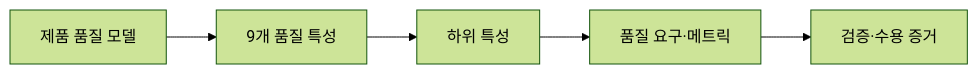
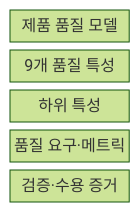
One commit to agnusdei1207/knowledge-base changed the first of 2 diagrams in src/content/docs/notes/06-evaluation/029_iso_25010.md. Above: the diagram before and after it, drawn with Mermaid (forest theme). The commit also changed other lines of this file and 6 other files, not shown here.

````diff
--- a/src/content/docs/notes/06-evaluation/029_iso_25010.md
+++ b/src/content/docs/notes/06-evaluation/029_iso_25010.md
@@ -64,7 +63,9 @@
 ```mermaid
-flowchart LR
-    A[제품 품질 모델] --> B[9개 품질 특성]
-    B --> C[하위 특성]
-    C --> D[품질 요구·메트릭]
-    D --> E[검증·수용 증거]
+block-beta
+  columns 1
+  M["제품 품질 모델"]
+  C["9개 품질 특성"]
+  S["하위 특성"]
+  R["품질 요구·메트릭"]
+  E["검증·수용 증거"]
 ```
````
